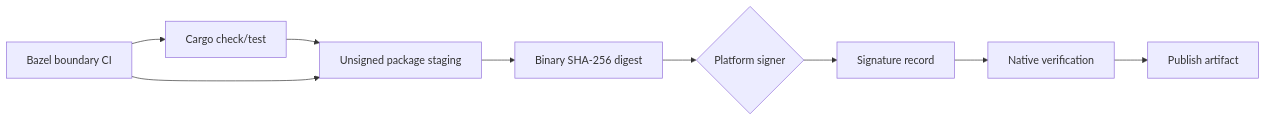
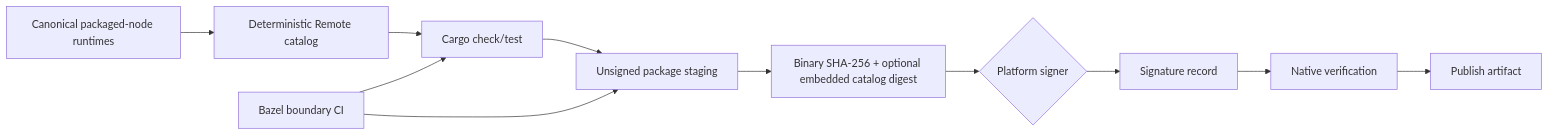
The diagram in zeterm/docs/zeterm-release-graph.md (chogng/zeta), drawn with Mermaid before and after one commit. The commit also changed other lines of this file and 352 other files, not shown here.

````diff
--- a/zeterm/docs/zeterm-release-graph.md
+++ b/zeterm/docs/zeterm-release-graph.md
@@ -44,11 +44,13 @@
 ```mermaid
 flowchart LR
     A[Cargo check/test] --> B[Unsigned package staging]
-    B --> C[Binary SHA-256 digest]
+    R[Canonical packaged-node runtimes] --> RC[Deterministic Remote catalog]
+    RC --> A
+    B --> C[Binary SHA-256 + optional embedded catalog digest]
     C --> D{Platform signer}
     D --> E[Signature record]
     E --> F[Native verification]
     F --> G[Publish artifact]
     H[Bazel boundary CI] --> A
     H --> B
 ```
````
